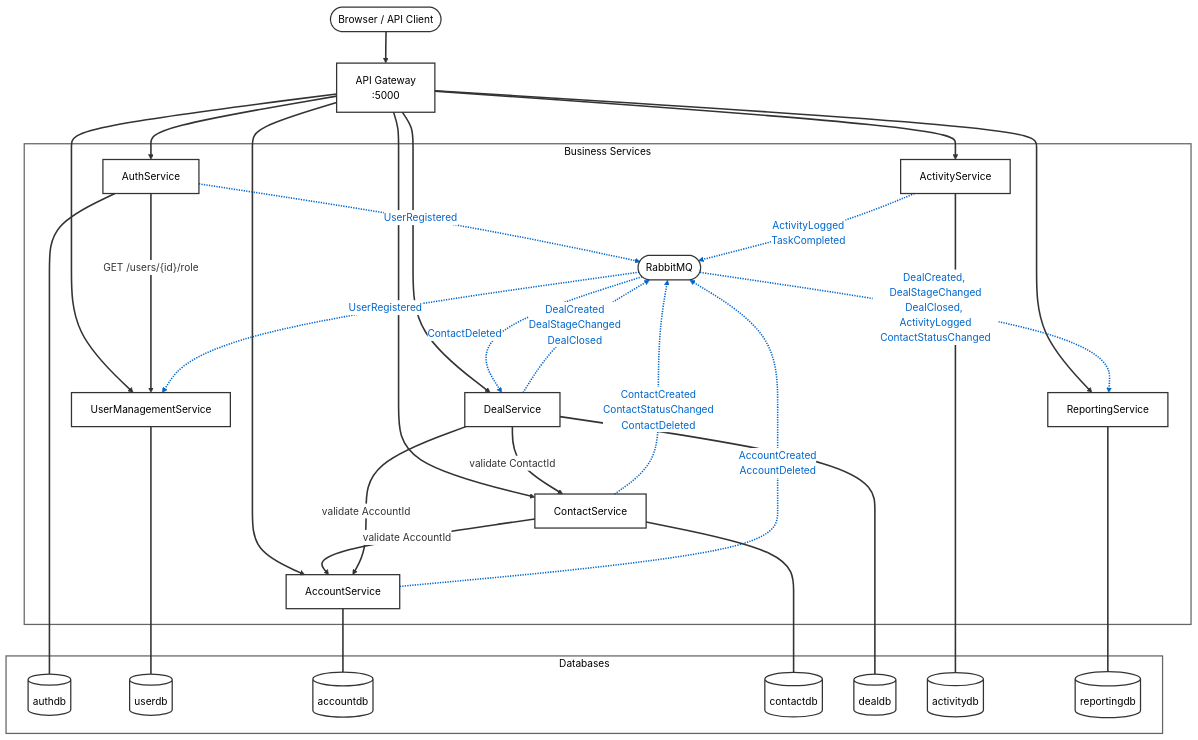
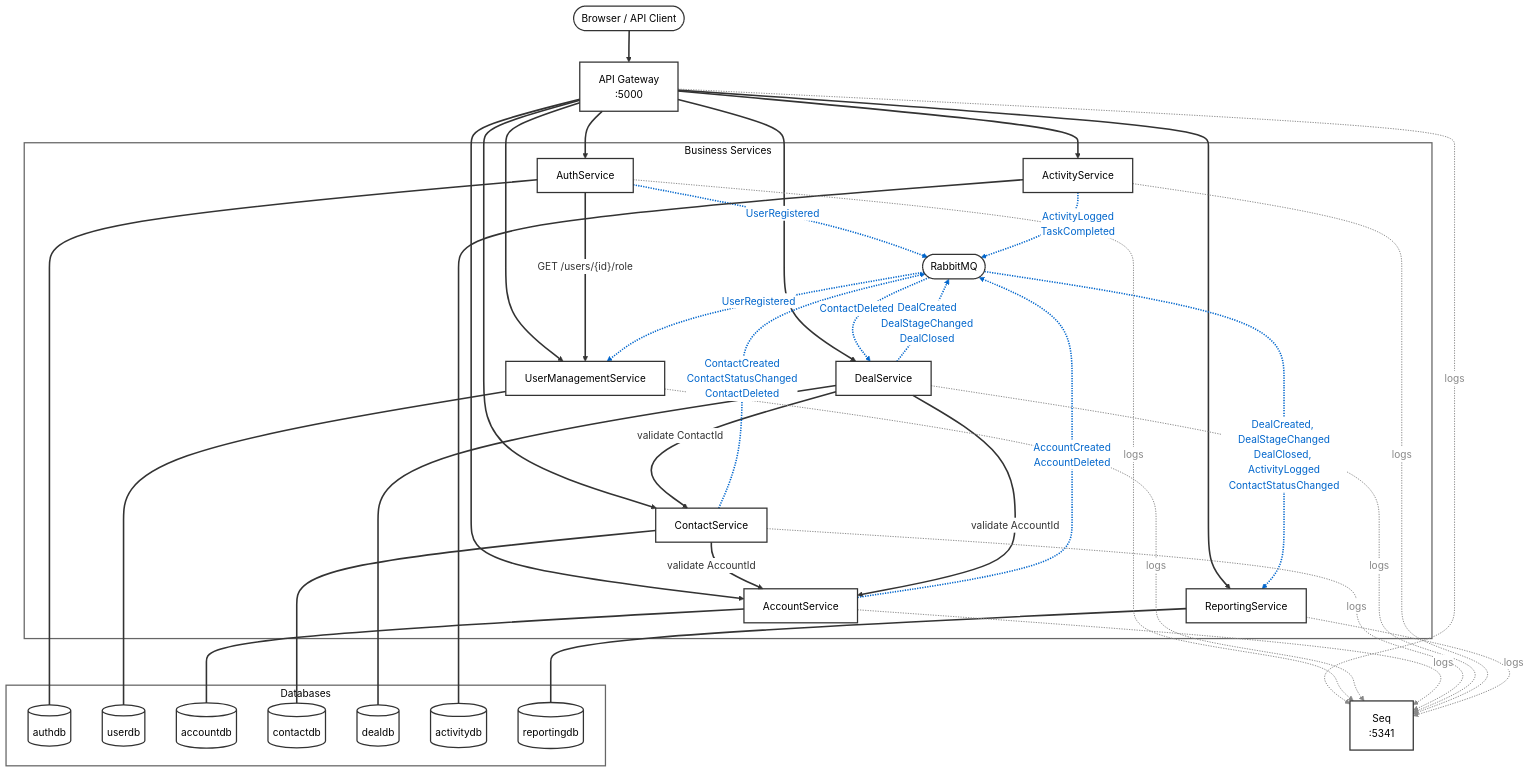
Before and after one commit to ScottsSecondAct/MicroserviceExample: the diagram in ARCHITECTURE.md, drawn with Mermaid. The commit also changed 2 other files, not shown here.

Commit message:
fix: update Seq URL in docker-compose to use port 80 and improve logging configuration in architecture

````diff
--- a/ARCHITECTURE.md
+++ b/ARCHITECTURE.md
@@ -11,76 +11,81 @@
 ```mermaid
 %%{init: {"theme": "base", "themeVariables": {"edgeLabelBackground": "#ffffff", "primaryColor": "#ffffff", "primaryBorderColor": "#333333", "primaryTextColor": "#000000", "lineColor": "#333333"}}}%%
 graph TD
     Client([Browser / API Client])
     GW["API Gateway\n:5000"]
 
     subgraph svc [Business Services]
         Auth["AuthService"]
         UMS["UserManagementService"]
         Acc["AccountService"]
             RMQ(["RabbitMQ"])
         Con["ContactService"]
         Deal["DealService"]
         Act["ActivityService"]
         Rep["ReportingService"]
     end
 
-
+    Seq["Seq\n:5341"]
 
     subgraph dbs [Databases]
         AuthDB[(authdb)]
         UserDB[(userdb)]
         AccDB[(accountdb)]
         ConDB[(contactdb)]
         DealDB[(dealdb)]
         ActDB[(activitydb)]
         RepDB[(reportingdb)]
     end
 
     %% Client → Gateway → Services
     Client --> GW
     GW --> Auth & UMS & Acc & Con & Deal & Act & Rep
 
     %% Sync HTTP between services
     Auth -->|"GET /users/{id}/role"| UMS
     Con -->|"validate AccountId"| Acc
     Deal -->|"validate AccountId"| Acc
     Deal -->|"validate ContactId"| Con
 
     %% Async publish to RabbitMQ
     Auth -.->|UserRegistered| RMQ
     Acc -.->|"AccountCreated\nAccountDeleted"| RMQ
     Con -.->|"ContactCreated\nContactStatusChanged\nContactDeleted"| RMQ
     Deal -.->|"DealCreated\nDealStageChanged\nDealClosed"| RMQ
     Act -.->|"ActivityLogged\nTaskCompleted"| RMQ
 
     %% Async consume from RabbitMQ
     RMQ -.->|UserRegistered| UMS
     RMQ -.->|ContactDeleted| Deal
     RMQ -.->|"DealCreated, DealStageChanged\nDealClosed, ActivityLogged\nContactStatusChanged"| Rep
 
     %% Pull RabbitMQ toward center
     Con ~~~ RMQ
     Deal ~~~ RMQ
 
     %% Service → DB
     Auth --- AuthDB
     UMS --- UserDB
     Acc --- AccDB
     Con --- ConDB
     Deal --- DealDB
     Act --- ActDB
     Rep --- RepDB
 
+    %% Structured logging → Seq (indices 29–36)
+    GW -.->|logs| Seq
+    Auth & UMS & Acc & Con & Deal & Act & Rep -.->|logs| Seq
+
     %% Subgraph styling
     style svc fill:none,stroke:#666,stroke-width:2px
     style dbs fill:none,stroke:#666,stroke-width:2px
 
     %% Remove fill from all nodes
     classDef noFill fill:none,stroke:#333,stroke-width:2px,color:#000
-    class Client,GW,Auth,UMS,Acc,Con,Deal,Act,Rep,RMQ,AuthDB,UserDB,AccDB,ConDB,DealDB,ActDB,RepDB noFill
+    class Client,GW,Auth,UMS,Acc,Con,Deal,Act,Rep,RMQ,Seq,AuthDB,UserDB,AccDB,ConDB,DealDB,ActDB,RepDB noFill
 
     %% Edge thickness
     linkStyle default stroke-width:2.5px,color:#333
     linkStyle 12,13,14,15,16,17,18,19 stroke:#0066cc,stroke-width:2.5px,color:#0066cc
+    linkStyle 29,30,31,32,33,34,35,36 stroke:#888888,stroke-width:1.5px,color:#888888
 ```
````
